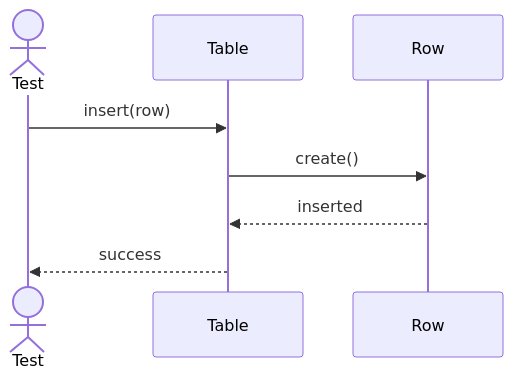
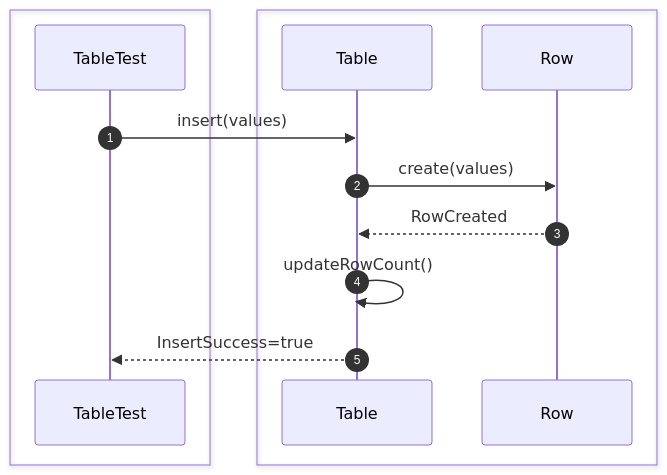
One commit to Huy1801214/dbms-architecture changed the seventh of 42 diagrams in src/sequence/db-object.md. Above: the diagram before and after it, drawn with Mermaid. The commit also changed other lines of this file, not shown here.

Commit message:
add sequence diagrams for database object unit tests

````diff
--- a/src/sequence/db-object.md
+++ b/src/sequence/db-object.md
@@ -80,11 +140,21 @@
 ```mermaid
 sequenceDiagram
-    actor Test
-    participant Table
-    participant Row
+    autonumber
+    box #e1f5fe Test Suite
+    participant Test as TableTest
+    end
+    box #e8f5e9 Database Objects
+    participant Table as Table
+    participant Row as Row
+    end
 
-    Test->>Table: insert(row)
-    Table->>Row: create()
-    Row-->>Table: inserted
-    Table-->>Test: success
+    Test->>Table: insert(values)
+
+    Table->>Row: create(values)
+
+    Row-->>Table: RowCreated
+
+    Table->>Table: updateRowCount()
+
+    Table-->>Test: InsertSuccess=true
 ```
````
